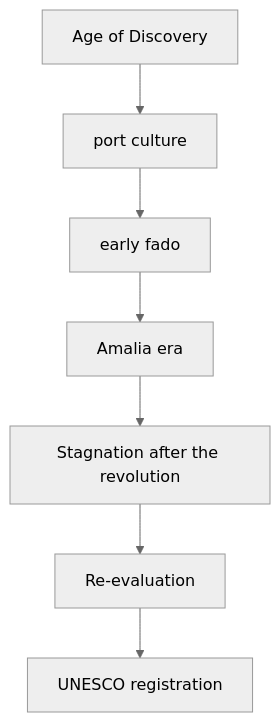
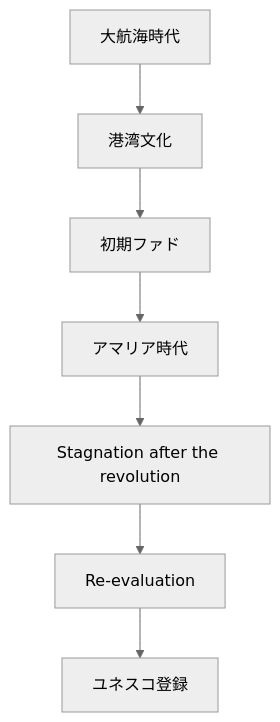
One commit to monumental-movement/monumental-movement.github.io changed diagram 11 of 12 in en/_posts/2026-05-16-column-fado.md. Above: the diagram before and after it, drawn with Mermaid (neutral theme). The commit also changed other lines of this file and 2196 other files, not shown here.

```diff
--- a/en/_posts/2026-05-16-column-fado.md
+++ b/en/_posts/2026-05-16-column-fado.md
@@ -543,9 +542,9 @@
 <div class="mermaid">
 flowchart TD
-A[Age of Discovery] --> B[port culture]
-B --> C[early fado]
-C --> D[Amalia era]
+A[大航海時代] --> B[港湾文化]
+B --> C[初期ファド]
+C --> D[アマリア時代]
 D --> E[Stagnation after the revolution]
 E --> F[Re-evaluation]
-F --> G[UNESCO registration]
+F --> G[ユネスコ登録]
 </div>
```
